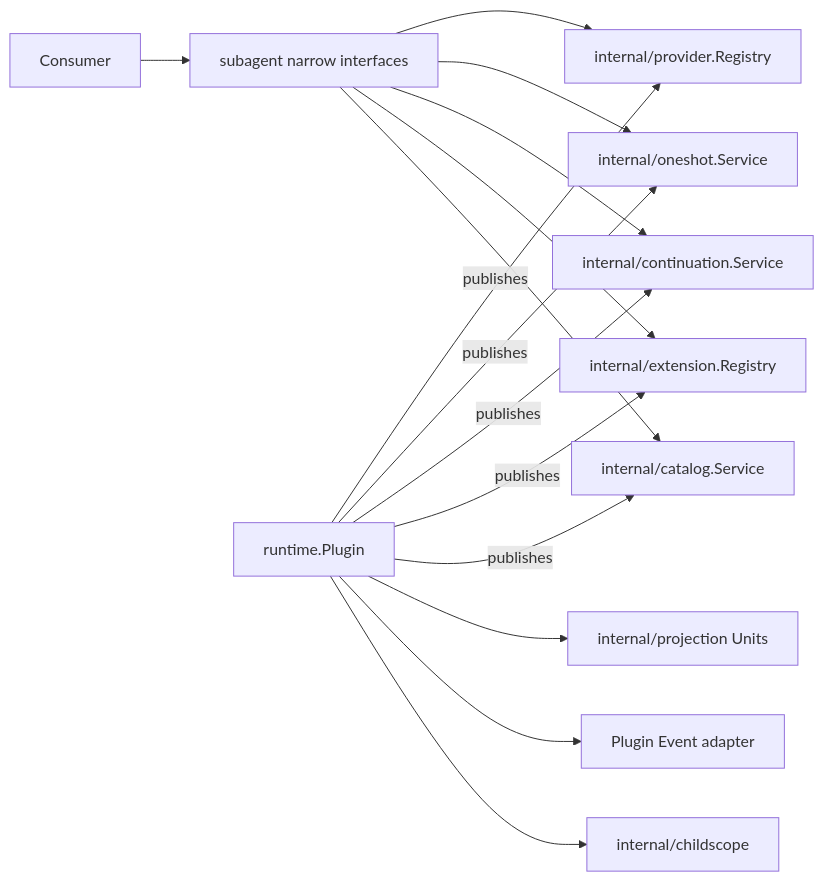
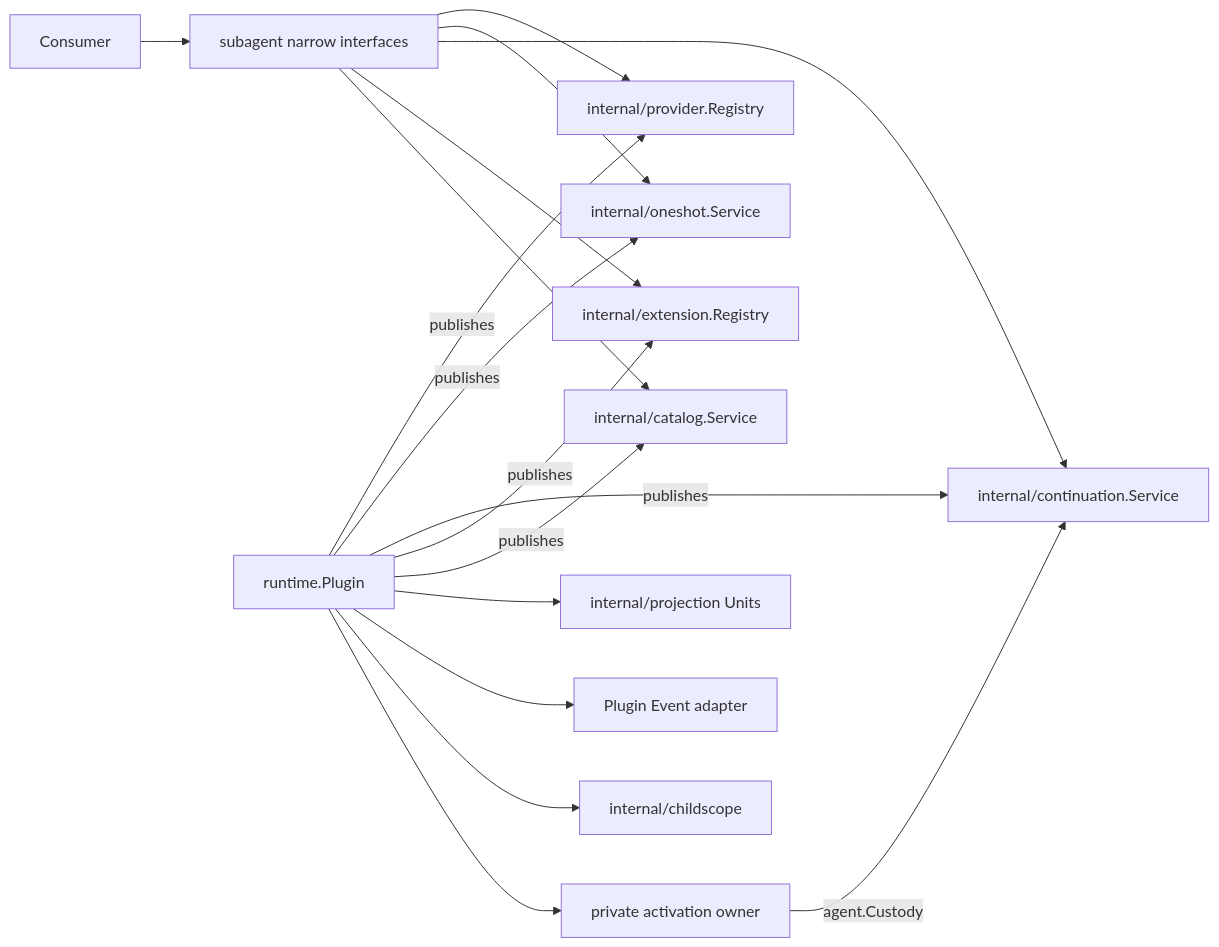
Before and after one commit to gorenx/goren: the diagram in subagent/runtime/README.zh-CN.md, drawn with Mermaid. The commit also changed other lines of this file and 5 other files, not shown here.

````diff
--- a/subagent/runtime/README.zh-CN.md
+++ b/subagent/runtime/README.zh-CN.md
@@ -7,17 +9,19 @@
 ```mermaid
 flowchart LR
     Consumer --> Contracts[subagent narrow interfaces]
     Plugin[runtime.Plugin] -->|publishes| Provider[internal/provider.Registry]
     Plugin -->|publishes| OneShot[internal/oneshot.Service]
     Plugin -->|publishes| Continuation[internal/continuation.Service]
     Plugin -->|publishes| Extension[internal/extension.Registry]
     Plugin -->|publishes| Catalog[internal/catalog.Service]
     Contracts --> Provider
     Contracts --> OneShot
     Contracts --> Continuation
     Contracts --> Extension
     Contracts --> Catalog
     Plugin --> Projection[internal/projection Units]
     Plugin --> Events[Plugin Event adapter]
     Plugin --> ChildScope[internal/childscope]
+    Plugin --> ActivationOwner[private activation owner]
+    ActivationOwner -->|agent.Custody| Continuation
 ```
````
